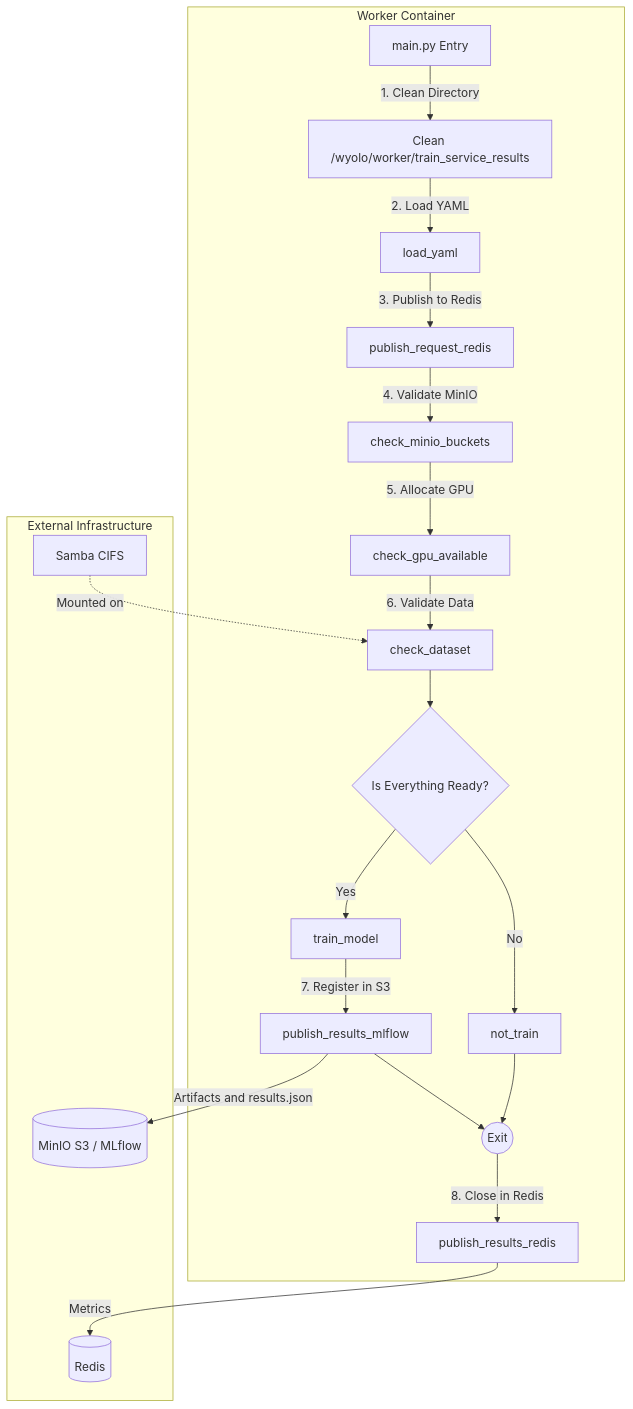
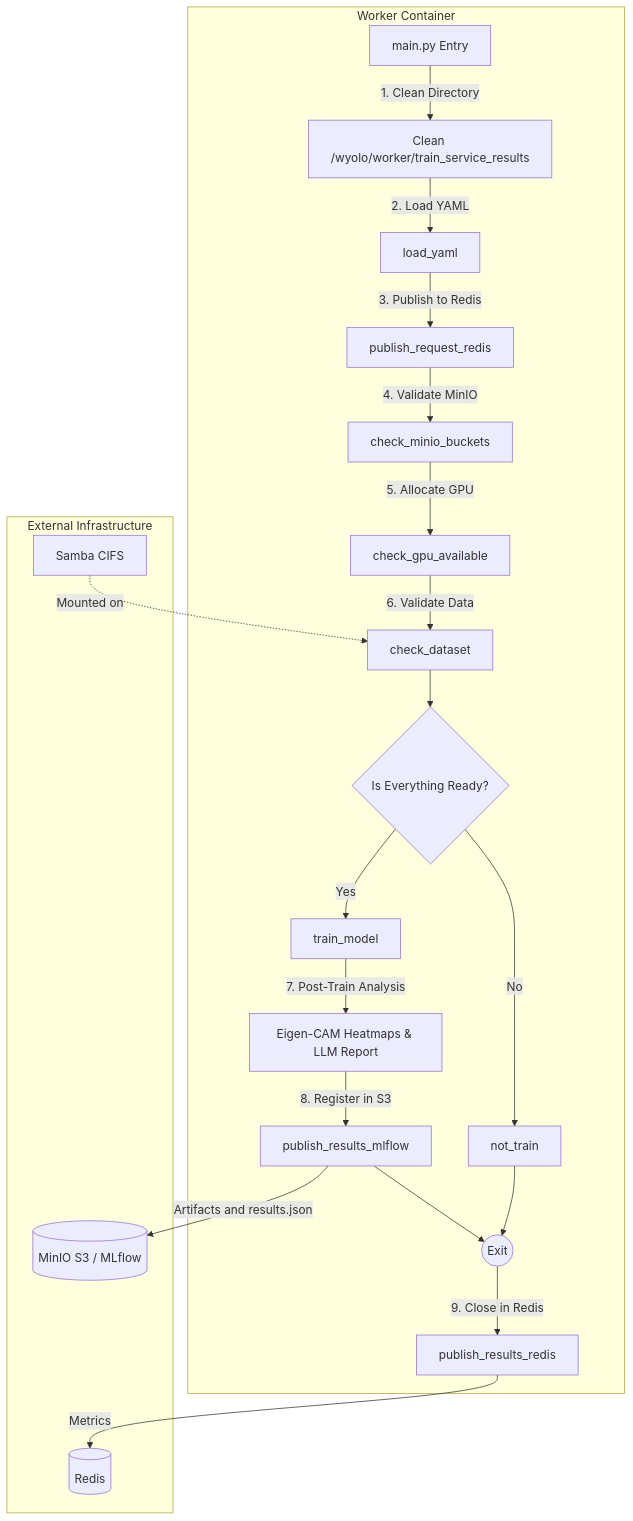
The diagram in README.md (wisrovi/wyoloservice2_worker), drawn with Mermaid before and after one commit. The commit also changed other lines of this file, not shown here.

Commit message:
[DOCS] Update README with Post-Train Analysis and Eigen-CAM features

````diff
--- a/README.md
+++ b/README.md
@@ -11,26 +11,27 @@
 ```mermaid
 flowchart TD
     subgraph Worker_Container [Worker Container]
         M[main.py Entry] -->|1. Clean Directory| C[Clean /wyolo/worker/train_service_results]
         C -->|2. Load YAML| L[load_yaml]
         L -->|3. Publish to Redis| PR[publish_request_redis]
         PR -->|4. Validate MinIO| MIN[check_minio_buckets]
         MIN -->|5. Allocate GPU| GPU[check_gpu_available]
         GPU -->|6. Validate Data| DS[check_dataset]
         
         DS --> Dec{Is Everything Ready?}
         Dec -->|Yes| T[train_model]
         Dec -->|No| NT[not_train]
         
-        T -->|7. Register in S3| PML[publish_results_mlflow]
+        T -->|7. Post-Train Analysis| PT[Eigen-CAM Heatmaps & LLM Report]
+        PT -->|8. Register in S3| PML[publish_results_mlflow]
         PML --> End((Exit))
         NT --> End
-        End -->|8. Close in Redis| RED[publish_results_redis]
+        End -->|9. Close in Redis| RED[publish_results_redis]
     end
 
     subgraph Host_and_Services [External Infrastructure]
         SM[Samba CIFS] -.->|Mounted on| DS
         RED -->|Metrics| R[(Redis)]
         PML -->|Artifacts and results.json| MINIO[(MinIO S3 / MLflow)]
     end
 ```
````
